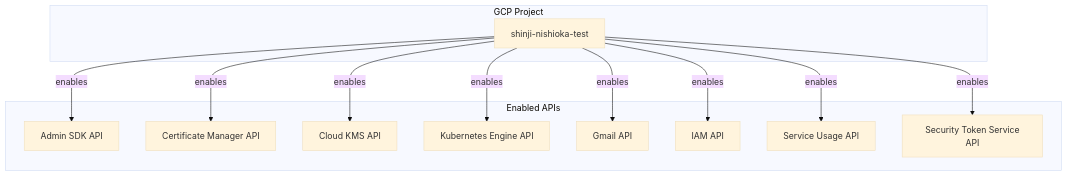
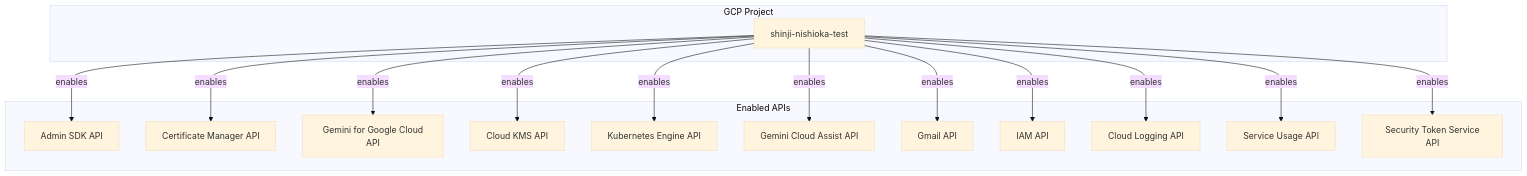
The diagram in docs/terraform/gcp/01-api.md (nishioka-shinji/my_infra), drawn with Mermaid (base theme) before and after one commit. The commit also changed other lines of this file, not shown here.

Commit message:
docs: GCP APIのドキュメントを更新
terraform/gcp/01-api/api.tf の内容と一致するように、
docs/terraform/gcp/01-api.md を更新しました。

以下のAPIに関する記述を追加しました。
- Gemini for Google Cloud API
- Gemini Cloud Assist API
- Cloud Logging API

````diff
--- a/docs/terraform/gcp/01-api.md
+++ b/docs/terraform/gcp/01-api.md
@@ -8,26 +8,32 @@
 ```mermaid
 graph TD
     subgraph "GCP Project"
         GCP[<fa:fa-cloud> shinji-nishioka-test]
     end
 
     subgraph "Enabled APIs"
         AdminSDK["<fa:fa-cogs> Admin SDK API"]
         CertificateManager["<fa:fa-cogs> Certificate Manager API"]
+        GeminiForGoogleCloud["<fa:fa-cogs> Gemini for Google Cloud API"]
         CloudKMS["<fa:fa-cogs> Cloud KMS API"]
         KubernetesEngine["<fa:fa-cogs> Kubernetes Engine API"]
+        GeminiCloudAssist["<fa:fa-cogs> Gemini Cloud Assist API"]
         Gmail["<fa:fa-cogs> Gmail API"]
         IAM["<fa:fa-cogs> IAM API"]
+        CloudLogging["<fa:fa-cogs> Cloud Logging API"]
         ServiceUsage["<fa:fa-cogs> Service Usage API"]
         SecurityTokenService["<fa:fa-cogs> Security Token Service API"]
     end
 
     GCP -- "enables" --> AdminSDK
     GCP -- "enables" --> CertificateManager
+    GCP -- "enables" --> GeminiForGoogleCloud
     GCP -- "enables" --> CloudKMS
     GCP -- "enables" --> KubernetesEngine
+    GCP -- "enables" --> GeminiCloudAssist
     GCP -- "enables" --> Gmail
     GCP -- "enables" --> IAM
+    GCP -- "enables" --> CloudLogging
     GCP -- "enables" --> ServiceUsage
     GCP -- "enables" --> SecurityTokenService
 ```
````
